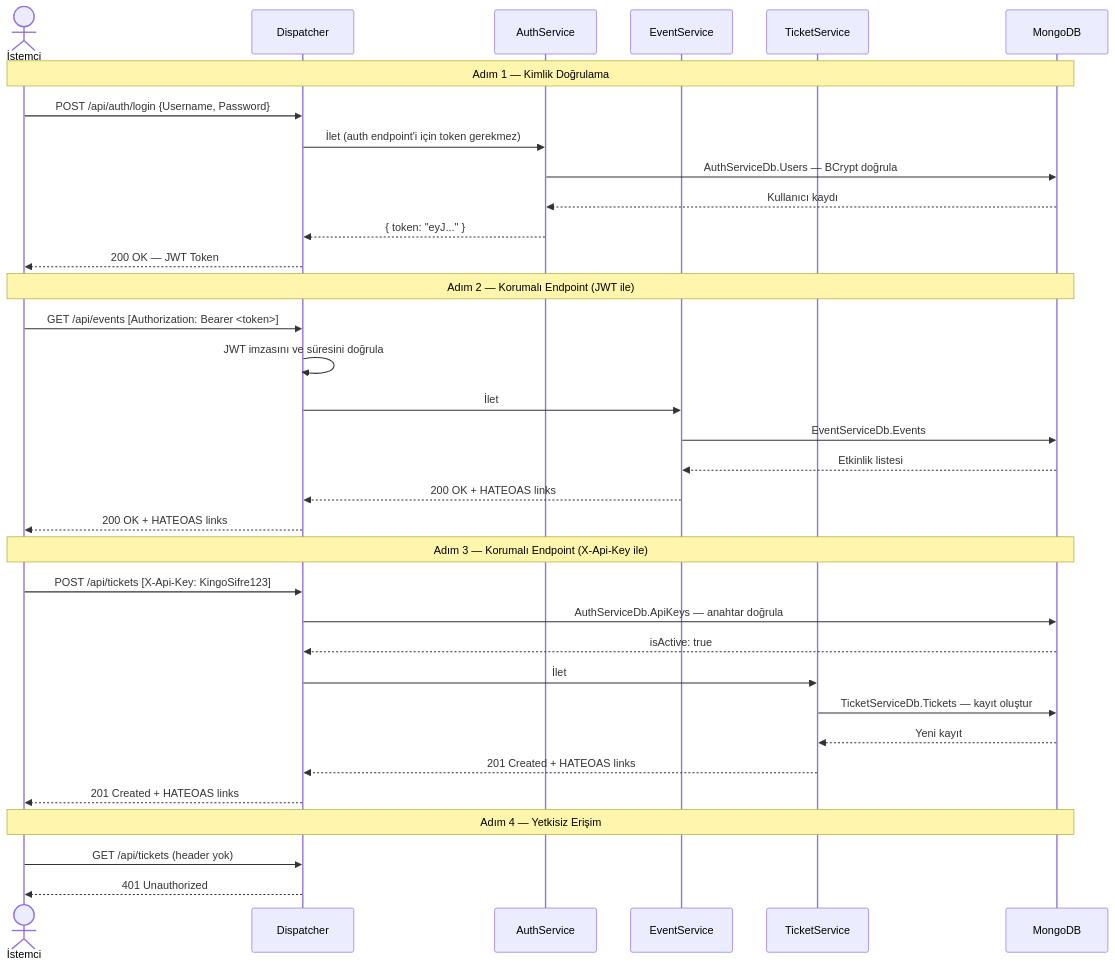
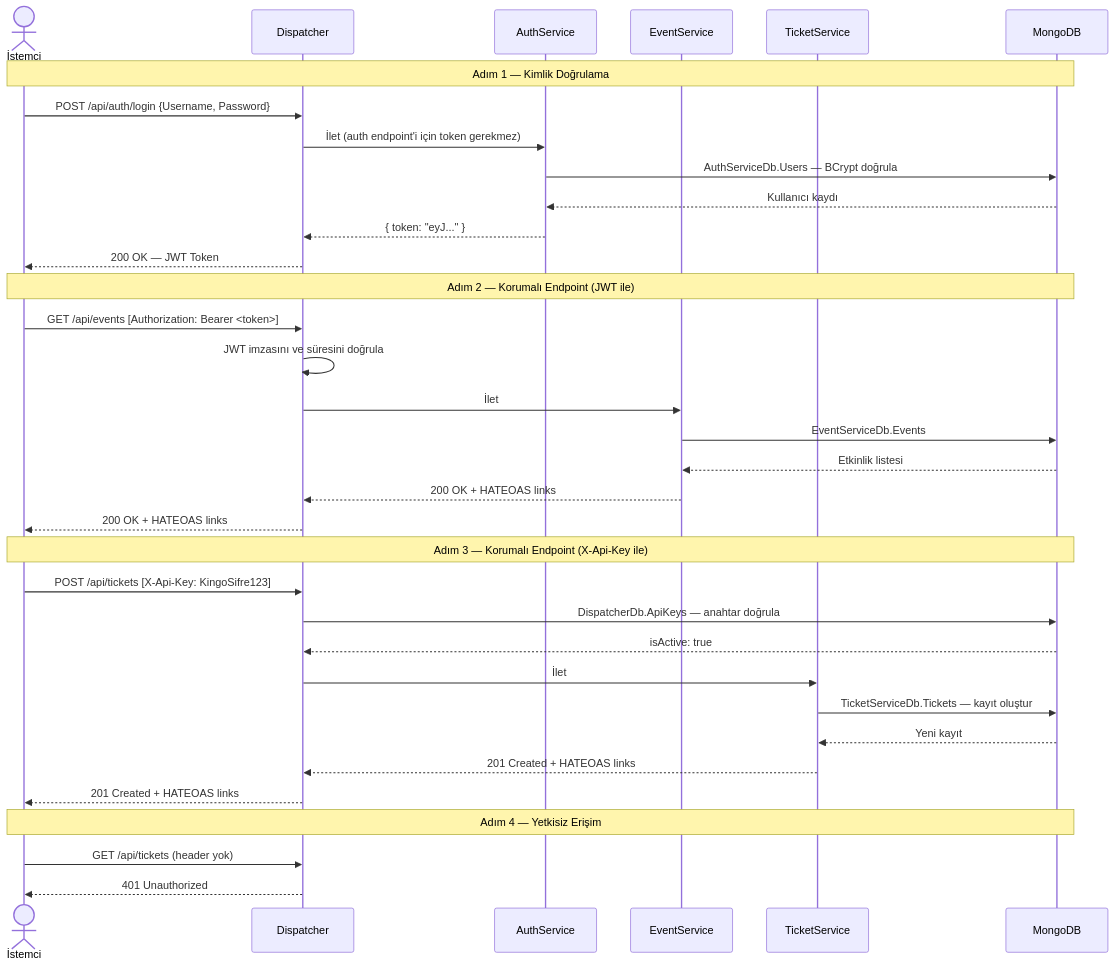
Before and after one commit to UguralpKivanc/BiletProje: the second of 4 diagrams in README.md, drawn with Mermaid. The commit also changed other lines of this file, not shown here.

````diff
--- a/README.md
+++ b/README.md
@@ -87,40 +87,40 @@
 ```mermaid
 sequenceDiagram
     actor C as İstemci
     participant D as Dispatcher
     participant A as AuthService
     participant E as EventService
     participant T as TicketService
     participant DB as MongoDB
 
     Note over C,DB: Adım 1 — Kimlik Doğrulama
     C->>D: POST /api/auth/login {Username, Password}
     D->>A: İlet (auth endpoint'i için token gerekmez)
     A->>DB: AuthServiceDb.Users — BCrypt doğrula
     DB-->>A: Kullanıcı kaydı
     A-->>D: { token: "eyJ..." }
     D-->>C: 200 OK — JWT Token
 
     Note over C,DB: Adım 2 — Korumalı Endpoint (JWT ile)
     C->>D: GET /api/events [Authorization: Bearer <token>]
     D->>D: JWT imzasını ve süresini doğrula
     D->>E: İlet
     E->>DB: EventServiceDb.Events
     DB-->>E: Etkinlik listesi
     E-->>D: 200 OK + HATEOAS links
     D-->>C: 200 OK + HATEOAS links
 
     Note over C,DB: Adım 3 — Korumalı Endpoint (X-Api-Key ile)
     C->>D: POST /api/tickets [X-Api-Key: KingoSifre123]
-    D->>DB: AuthServiceDb.ApiKeys — anahtar doğrula
+    D->>DB: DispatcherDb.ApiKeys — anahtar doğrula
     DB-->>D: isActive: true
     D->>T: İlet
     T->>DB: TicketServiceDb.Tickets — kayıt oluştur
     DB-->>T: Yeni kayıt
     T-->>D: 201 Created + HATEOAS links
     D-->>C: 201 Created + HATEOAS links
 
     Note over C,DB: Adım 4 — Yetkisiz Erişim
     C->>D: GET /api/tickets (header yok)
     D-->>C: 401 Unauthorized
 ```
````
